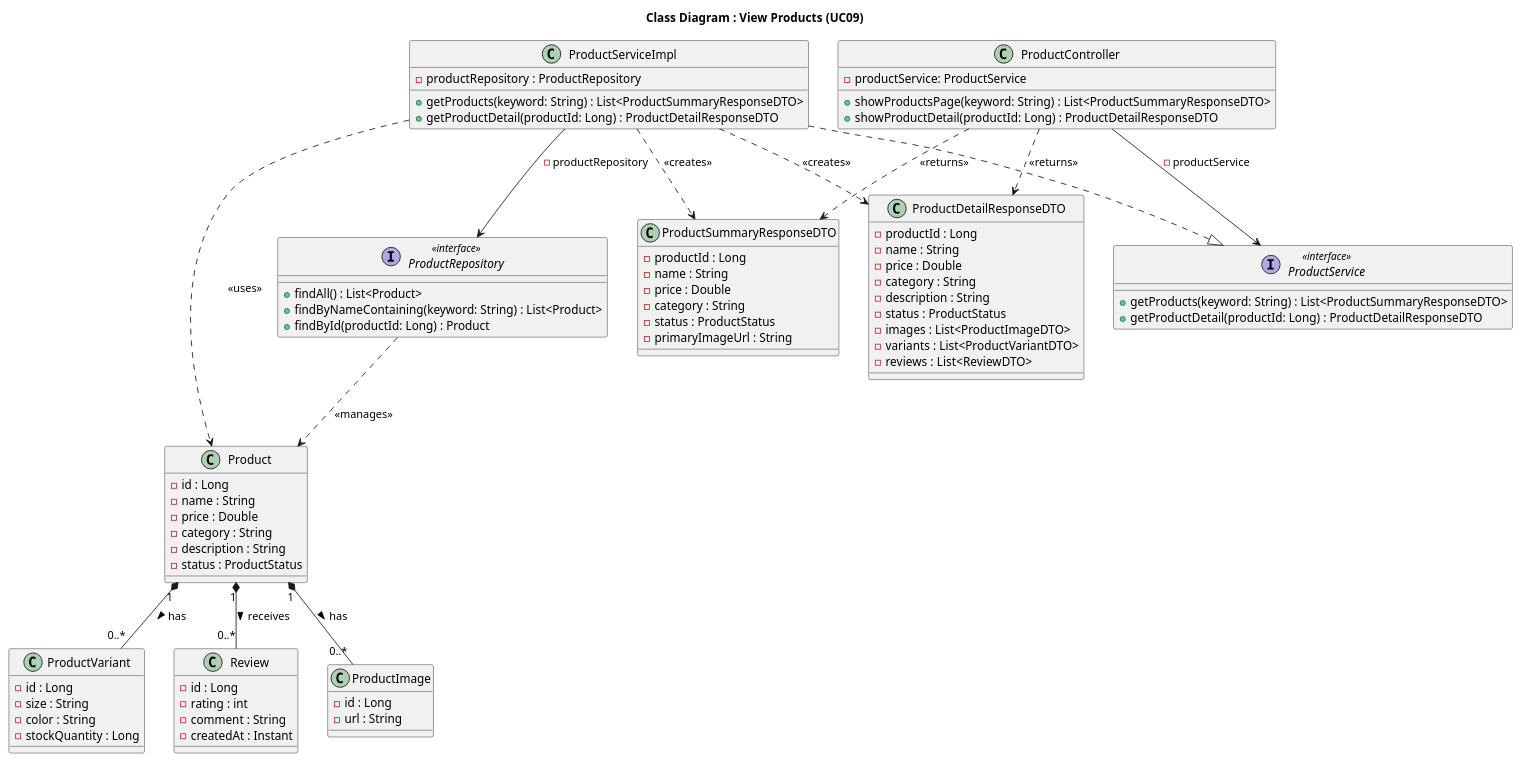
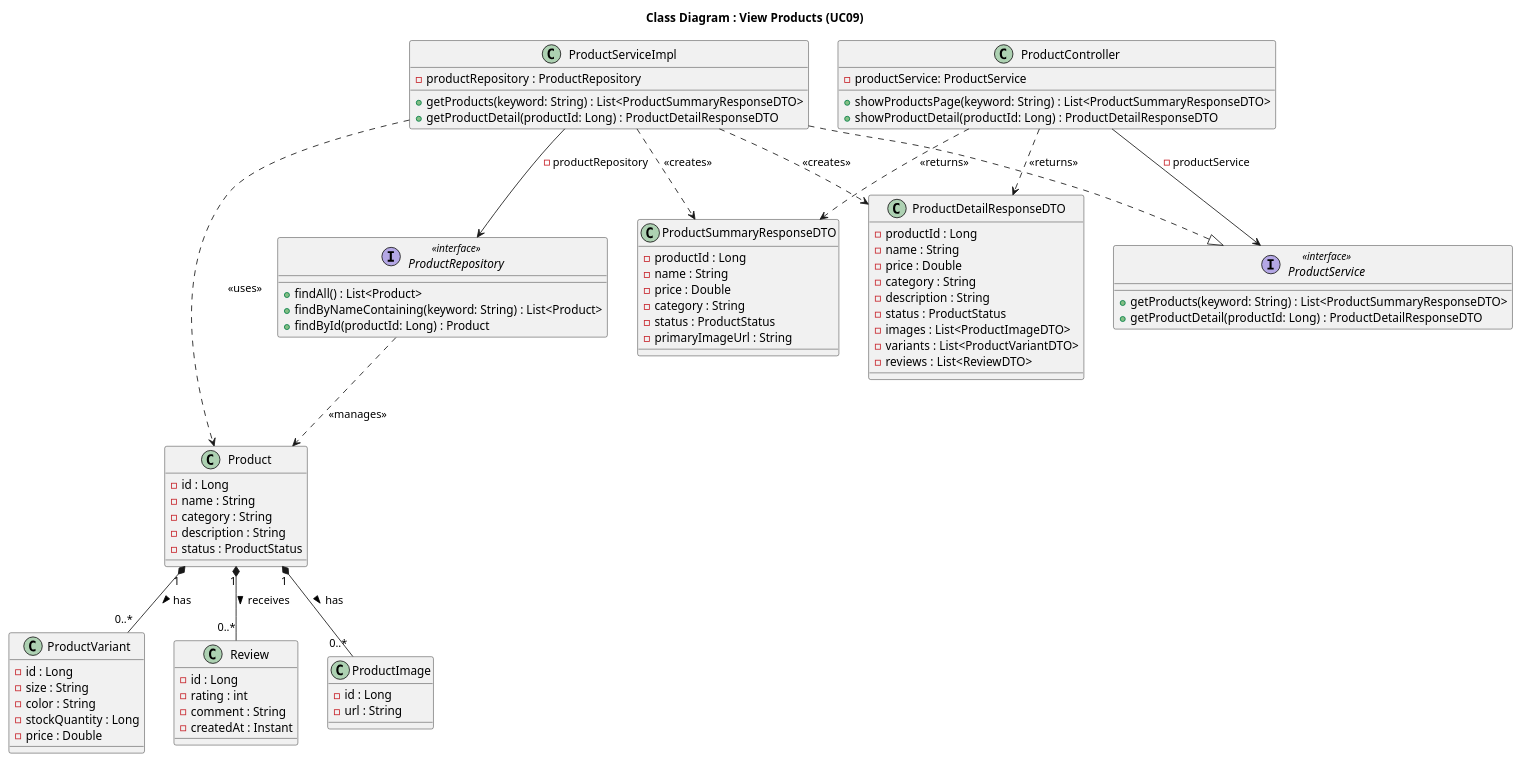
One commit to Peterdir/fashion-store-system changed the diagram in src/main/java/org/example/fashionstoresystem/uml/Class/CD09_ViewProducts.puml. Above: the diagram before and after it, drawn with PlantUML. The commit also changed other lines of this file and 28 other files, not shown here.

```diff
--- a/src/main/java/org/example/fashionstoresystem/uml/Class/CD09_ViewProducts.puml
+++ b/src/main/java/org/example/fashionstoresystem/uml/Class/CD09_ViewProducts.puml
@@ -1,106 +1,106 @@
 @startuml
 title Class Diagram : View Products (UC09)
 
 ' Controller
 class ProductController {
     - productService: ProductService
     + showProductsPage(keyword: String) : List<ProductSummaryResponseDTO>
     + showProductDetail(productId: Long) : ProductDetailResponseDTO
 }
 
 ' Service
 
 interface ProductService <<interface>> {
     + getProducts(keyword: String) : List<ProductSummaryResponseDTO>
     + getProductDetail(productId: Long) : ProductDetailResponseDTO
 }
 
 class ProductServiceImpl {
     - productRepository : ProductRepository
     + getProducts(keyword: String) : List<ProductSummaryResponseDTO>
     + getProductDetail(productId: Long) : ProductDetailResponseDTO
 }
 
 ' Repository
 
 interface ProductRepository <<interface>> {
     + findAll() : List<Product>
     + findByNameContaining(keyword: String) : List<Product>
     + findById(productId: Long) : Product
 }
 
 ' DTO
 
 class ProductSummaryResponseDTO {
     - productId : Long
     - name : String
     - price : Double
     - category : String
     - status : ProductStatus
     - primaryImageUrl : String
 }
 
 class ProductDetailResponseDTO {
     - productId : Long
     - name : String
     - price : Double
     - category : String
     - description : String
     - status : ProductStatus
     - images : List<ProductImageDTO>
     - variants : List<ProductVariantDTO>
     - reviews : List<ReviewDTO>
 }
 
 ' Entity
 
 class Product {
     - id : Long
     - name : String
-    - price : Double
     - category : String
     - description : String
     - status : ProductStatus
 }
 
 class ProductVariant {
     - id : Long
     - size : String
     - color : String
     - stockQuantity : Long
+    - price : Double
 }
 
 class Review {
     - id : Long
     - rating : int
     - comment : String
     - createdAt : Instant
 }
 
 class ProductImage {
     - id : Long
     - url : String
 }
 
 ' Relationships
 
 Product "1" *-- "0..*" ProductImage : has >
 Product "1" *-- "0..*" ProductVariant : has >
 Product "1" *-- "0..*" Review : receives >
 
 ' Class implement Interface
 ProductServiceImpl ..|> ProductService
 
 ' Dependency Injection
 ProductController --> ProductService: - productService
 ProductServiceImpl --> ProductRepository: - productRepository
 
 ' Object Usage
 ProductController ..> ProductSummaryResponseDTO : <<returns>>
 ProductController ..> ProductDetailResponseDTO : <<returns>>
 ProductServiceImpl ..> ProductSummaryResponseDTO : <<creates>>
 ProductServiceImpl ..> ProductDetailResponseDTO : <<creates>>
 ProductServiceImpl ..> Product : <<uses>>
 ProductRepository ..> Product : <<manages>>
 
 @enduml
```
